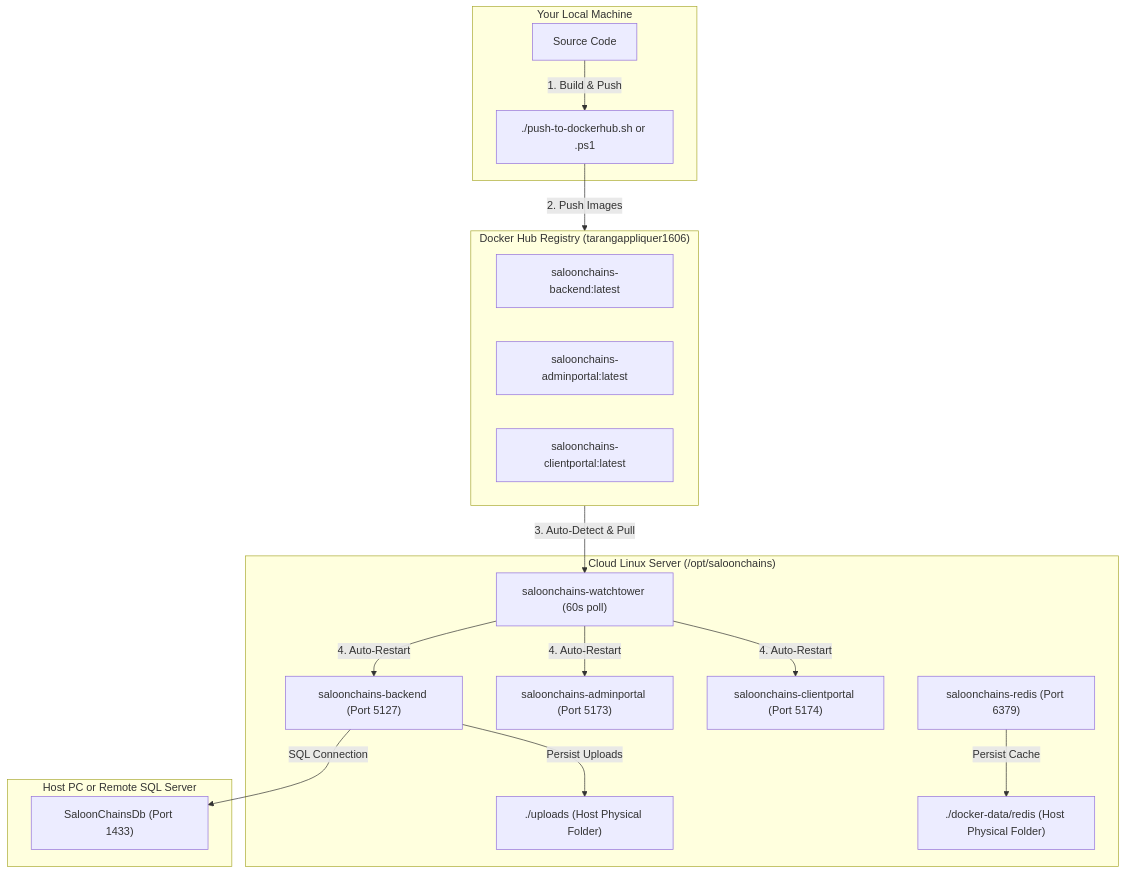
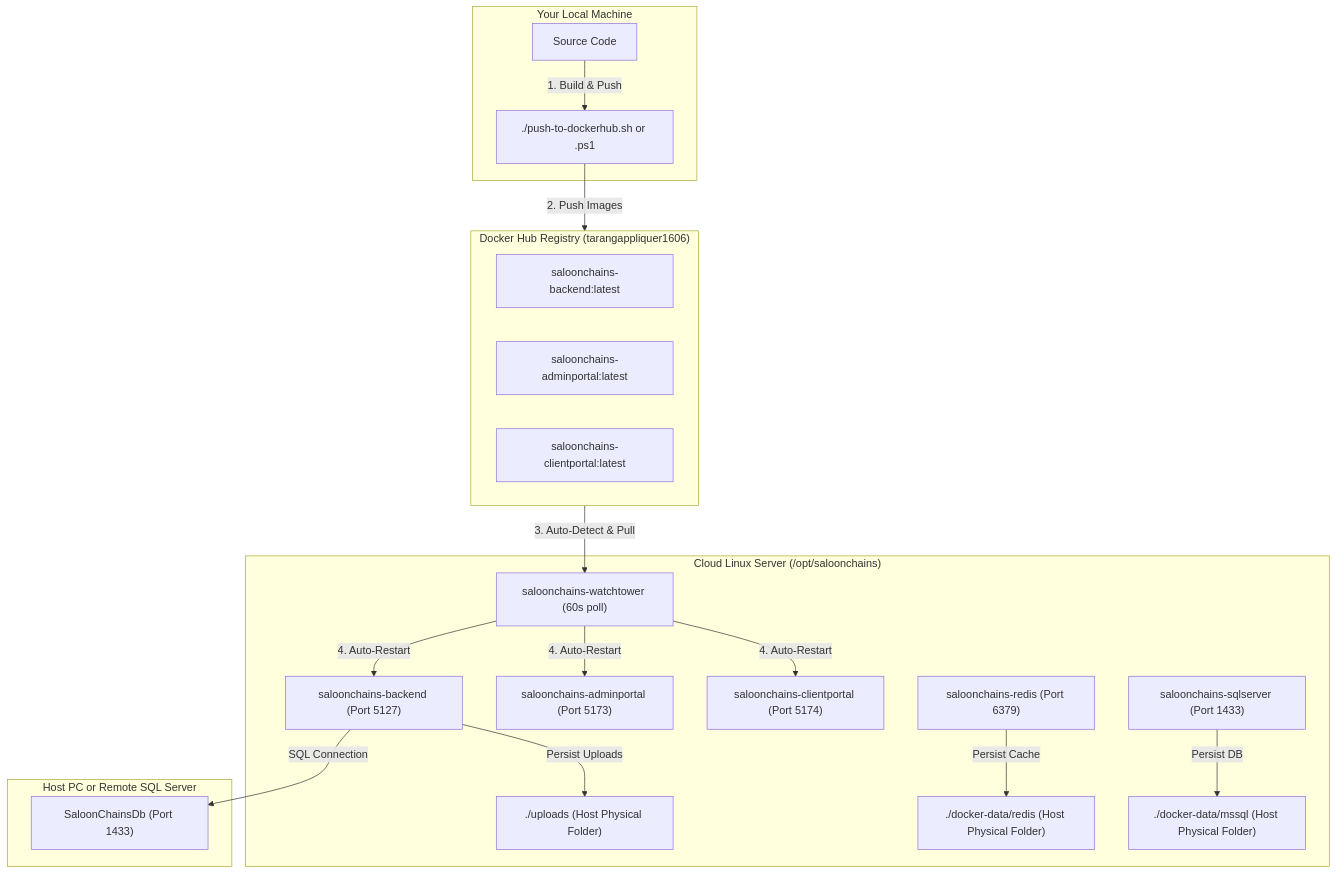
The diagram in DEPLOYMENT_GUIDE.md (tarangappliquer/saloon-chain), drawn with Mermaid before and after one commit. The commit also changed other lines of this file and 12 other files, not shown here.

````diff
--- a/DEPLOYMENT_GUIDE.md
+++ b/DEPLOYMENT_GUIDE.md
@@ -9,38 +9,41 @@
 ```mermaid
 flowchart TD
     subgraph LocalMachine ["Your Local Machine"]
         LocalCode["Source Code"]
         PushScript["./push-to-dockerhub.sh or .ps1"]
     end
 
     subgraph DockerHub ["Docker Hub Registry (tarangappliquer1606)"]
         BackendImg["saloonchains-backend:latest"]
         AdminImg["saloonchains-adminportal:latest"]
         ClientImg["saloonchains-clientportal:latest"]
     end
 
     subgraph CloudServer ["Cloud Linux Server (/opt/saloonchains)"]
         Watchtower["saloonchains-watchtower (60s poll)"]
         BackendContainer["saloonchains-backend (Port 5127)"]
         AdminContainer["saloonchains-adminportal (Port 5173)"]
         ClientContainer["saloonchains-clientportal (Port 5174)"]
         RedisContainer["saloonchains-redis (Port 6379)"]
+        SQLContainer["saloonchains-sqlserver (Port 1433)"]
         PhysicalUploads["./uploads (Host Physical Folder)"]
         PhysicalRedis["./docker-data/redis (Host Physical Folder)"]
+        PhysicalSQL["./docker-data/mssql (Host Physical Folder)"]
     end
 
     subgraph DatabaseHost ["Host PC or Remote SQL Server"]
         SQLServer["SaloonChainsDb (Port 1433)"]
     end
 
     LocalCode -->|1. Build & Push| PushScript
     PushScript -->|2. Push Images| DockerHub
     DockerHub -->|3. Auto-Detect & Pull| Watchtower
     Watchtower -->|4. Auto-Restart| BackendContainer
     Watchtower -->|4. Auto-Restart| AdminContainer
     Watchtower -->|4. Auto-Restart| ClientContainer
 
     BackendContainer -->|Persist Uploads| PhysicalUploads
     RedisContainer -->|Persist Cache| PhysicalRedis
+    SQLContainer -->|Persist DB| PhysicalSQL
     BackendContainer -->|SQL Connection| SQLServer
 ```
````
